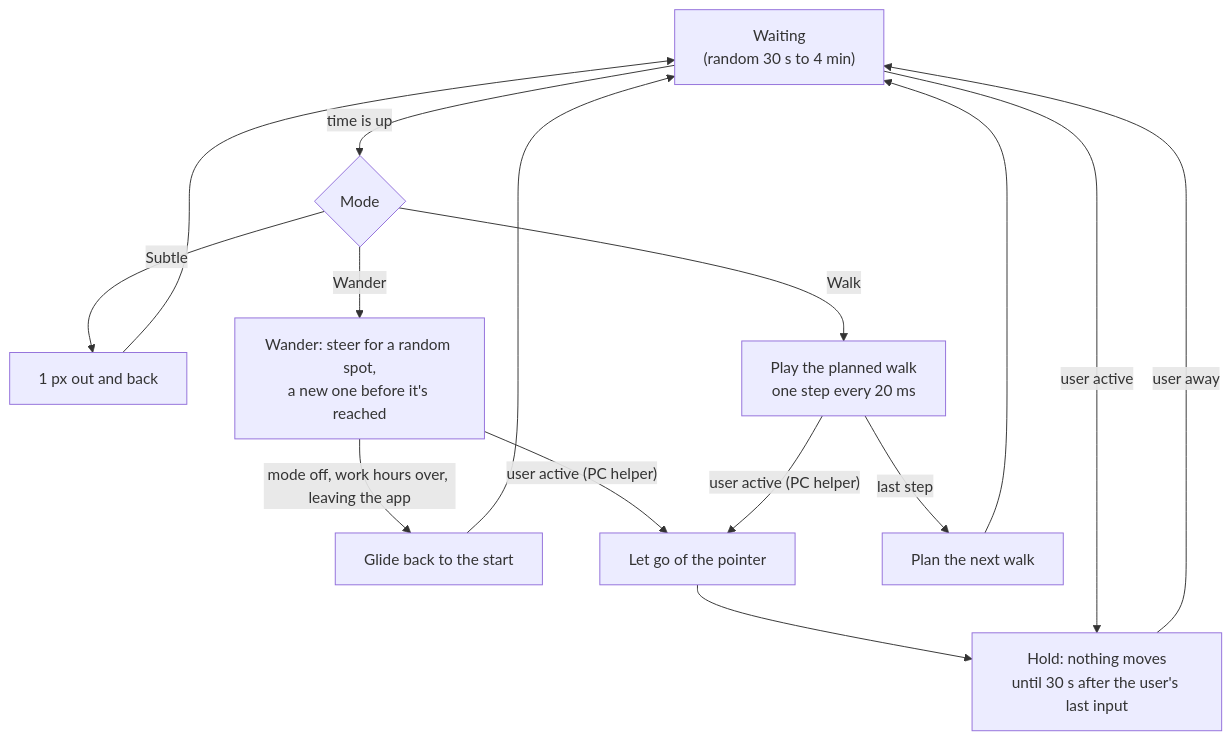
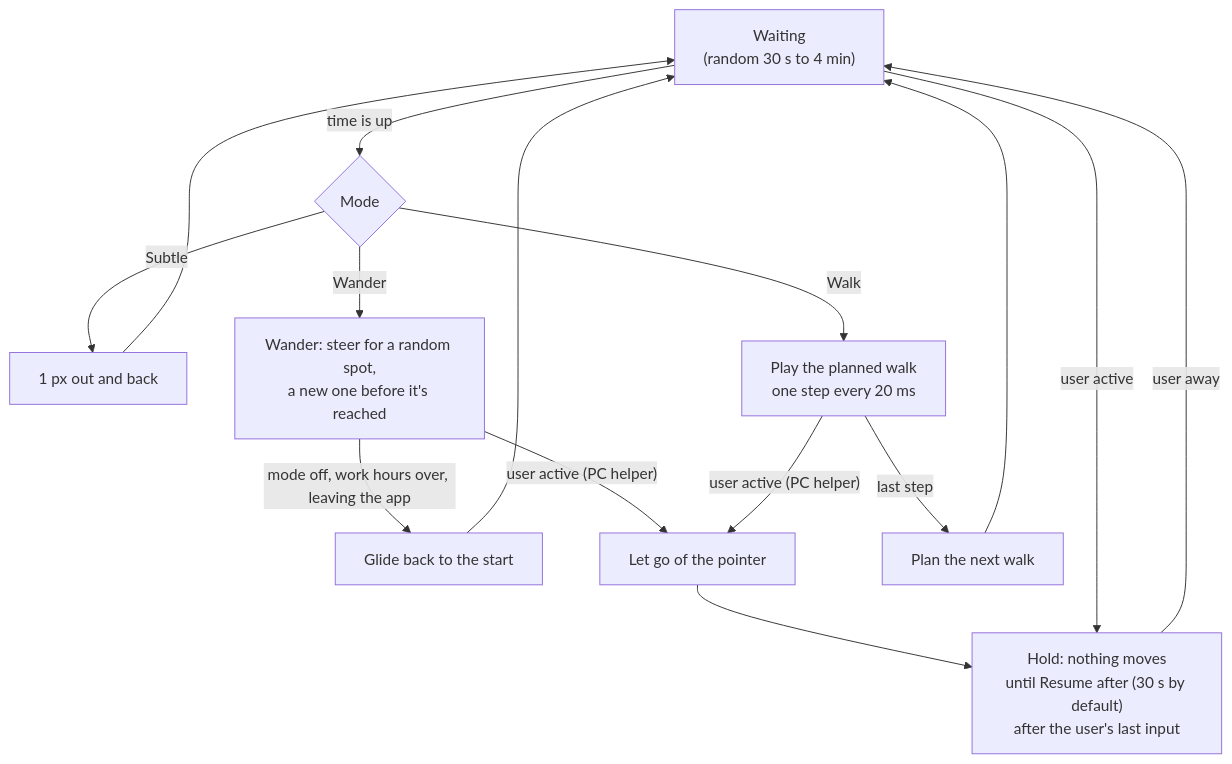
Before and after one commit to arudaev/duckwalk: the fourth of 4 diagrams in docs/architecture.md, drawn with Mermaid. The commit also changed 6 other files, not shown here.

First line of the commit message:
feat(app): Resume after, how long Harold waits after your input

````diff
--- a/docs/architecture.md
+++ b/docs/architecture.md
@@ -105,12 +105,12 @@
 ```mermaid
 flowchart TD
     wait["Waiting<br/>(random 30 s to 4 min)"] -->|time is up| mode{Mode}
     mode -->|Subtle| nudge["1 px out and back"] --> wait
     mode -->|Walk| play["Play the planned walk<br/>one step every 20 ms"]
     mode -->|Wander| wander["Wander: steer for a random spot,<br/>a new one before it's reached"]
     wander -->|mode off, work hours over, leaving the app| home["Glide back to the start"] --> wait
     wander -->|"user active (PC helper)"| stop
     play -->|last step| plan["Plan the next walk"] --> wait
     play -->|"user active (PC helper)"| stop["Let go of the pointer"] --> hold
-    wait -->|user active| hold["Hold: nothing moves<br/>until 30 s after the user's last input"] -->|user away| wait
+    wait -->|user active| hold["Hold: nothing moves<br/>until Resume after (30 s by default)<br/>after the user's last input"] -->|user away| wait
 ```
````
